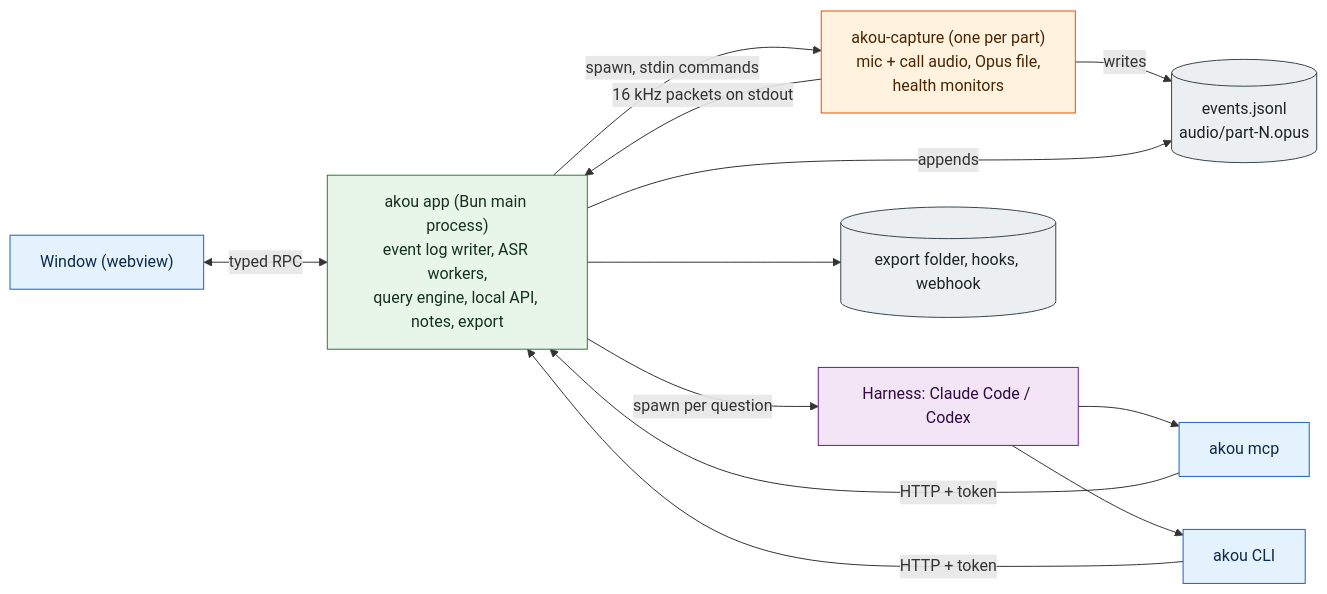
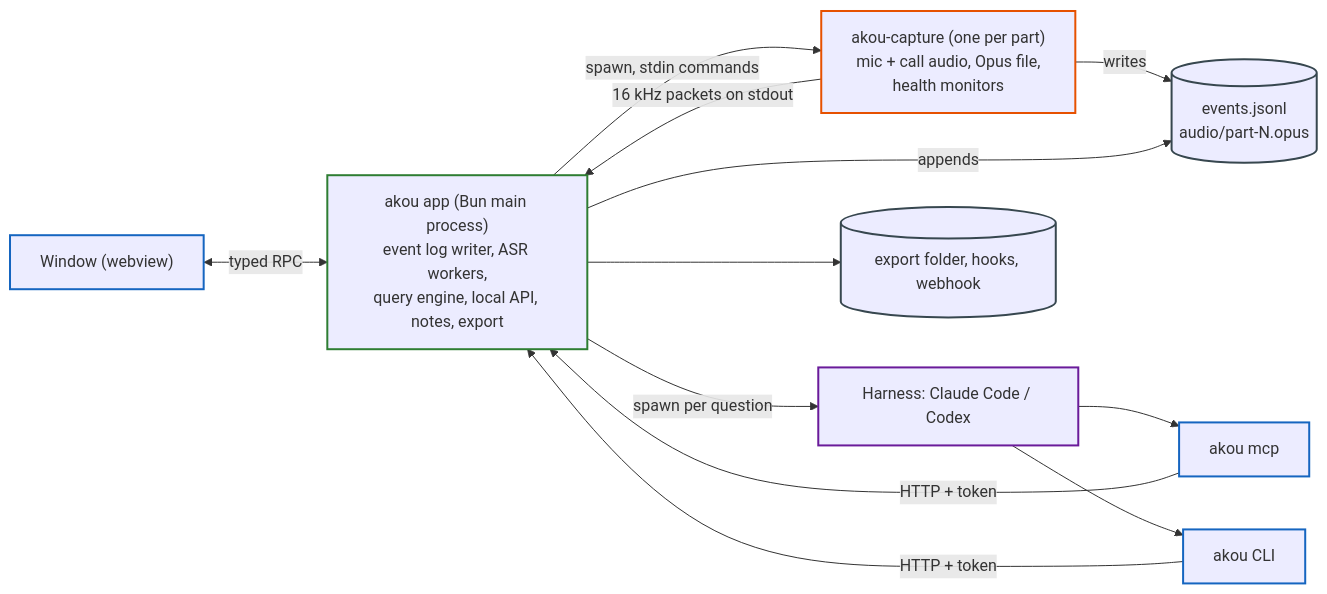
One commit to GeiserX/akou changed the first of 2 diagrams in docs/DESIGN.md. Above: the diagram before and after it, drawn with Mermaid. The commit also changed 7 other files, not shown here.

First line of the commit message:
docs: make every diagram readable in the dark theme (#230)

````diff
--- a/docs/DESIGN.md
+++ b/docs/DESIGN.md
@@ -26,29 +26,29 @@
 ```mermaid
 flowchart LR
-  classDef app fill:#e8f5e9,stroke:#2e7d32,color:#14321c
-  classDef helper fill:#fff3e0,stroke:#e65100,color:#4a2400
-  classDef client fill:#e3f2fd,stroke:#1565c0,color:#0d2a4a
-  classDef disk fill:#eceff1,stroke:#37474f,color:#1b2429
-  classDef ext fill:#f3e5f5,stroke:#6a1b9a,color:#2e0b40
+  classDef app stroke:#2e7d32,stroke-width:2px
+  classDef helper stroke:#e65100,stroke-width:2px
+  classDef client stroke:#1565c0,stroke-width:2px
+  classDef disk stroke:#37474f,stroke-width:2px
+  classDef ext stroke:#6a1b9a,stroke-width:2px
 
   UI["Window (webview)"]:::client
   CLI["akou CLI"]:::client
   MCP["akou mcp"]:::client
   Agent["Harness: Claude Code / Codex"]:::ext
   App["akou app (Bun main process)<br/>event log writer, ASR workers,<br/>query engine, local API, notes, export"]:::app
   Cap["akou-capture (one per part)<br/>mic + call audio, Opus file,<br/>health monitors"]:::helper
   Log[("events.jsonl<br/>audio/part-N.opus")]:::disk
   Out[("export folder, hooks, webhook")]:::disk
 
   UI <-->|typed RPC| App
   CLI -->|HTTP + token| App
   Agent --> MCP
   Agent --> CLI
   MCP -->|HTTP + token| App
   App -->|spawn, stdin commands| Cap
   Cap -->|16 kHz packets on stdout| App
   Cap -->|writes| Log
   App -->|appends| Log
   App --> Out
   App -->|spawn per question| Agent
 ```
````
